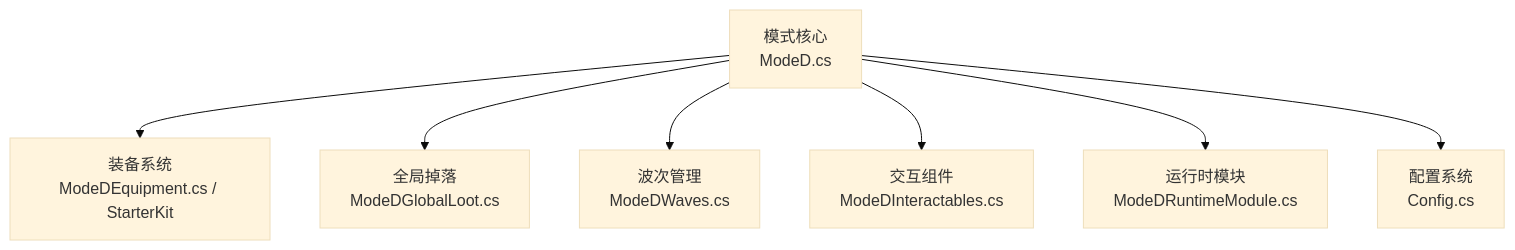
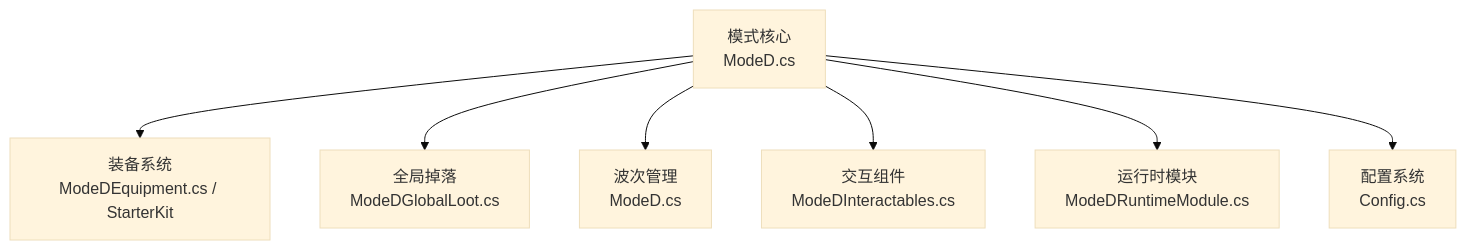
Before and after one commit to GASEN1216/BossRushMod: the first of 7 diagrams in .qoder/repowiki/zh/content/游戏模式系统/Mode D：白手起家.md, drawn with Mermaid (base theme). The commit also changed other lines of this file and 124 other files, not shown here.

````diff
--- a/.qoder/repowiki/zh/content/游戏模式系统/Mode D：白手起家.md
+++ b/.qoder/repowiki/zh/content/游戏模式系统/Mode D：白手起家.md
@@ -48,9 +48,9 @@
 ```mermaid
 graph TB
 A["模式核心<br/>ModeD.cs"] --> B["装备系统<br/>ModeDEquipment.cs / StarterKit"]
 A --> C["全局掉落<br/>ModeDGlobalLoot.cs"]
-A --> D["波次管理<br/>ModeDWaves.cs"]
+A --> D["波次管理<br/>ModeD.cs"]
 A --> E["交互组件<br/>ModeDInteractables.cs"]
 A --> F["运行时模块<br/>ModeDRuntimeModule.cs"]
 A --> G["配置系统<br/>Config.cs"]
 ```
````
